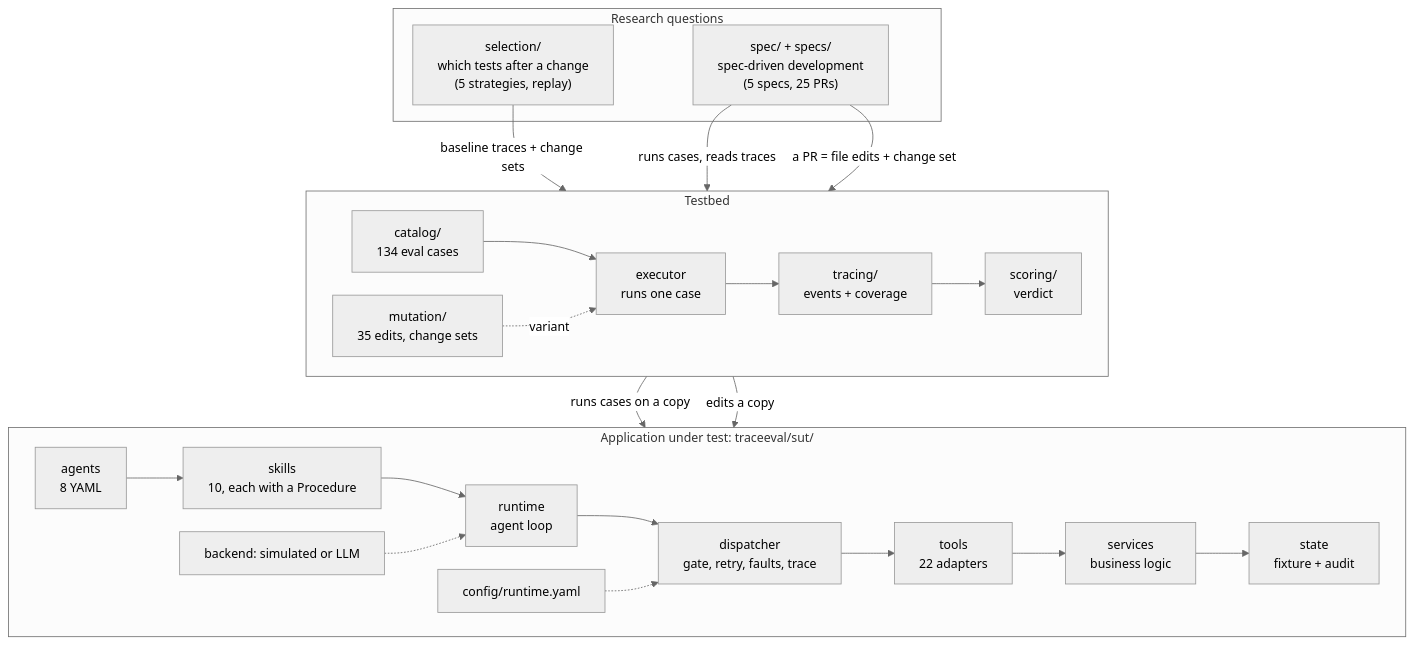
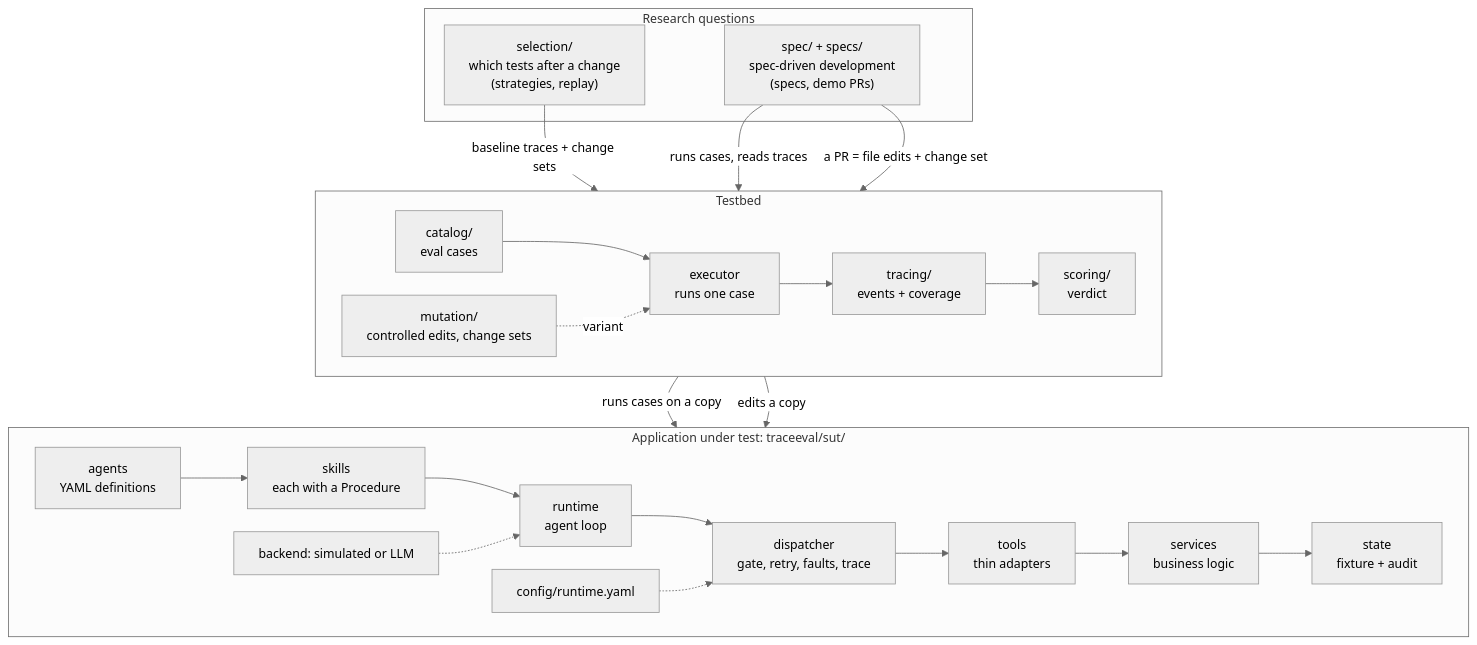
One commit to unibuc-cs/TestingTheAgents changed the diagram in trace-eval/docs/diagrams/guide_1_layers.mmd. Above: the diagram before and after it, drawn with Mermaid. The commit also changed 12 other files, not shown here.

First line of the commit message:
Docs: keep counts off the diagrams; fix the ContentOps figure

```diff
--- a/trace-eval/docs/diagrams/guide_1_layers.mmd
+++ b/trace-eval/docs/diagrams/guide_1_layers.mmd
@@ -1,22 +1,22 @@
 %%{init: {"theme": "neutral", "flowchart": {"wrappingWidth": 340, "nodeSpacing": 28, "rankSpacing": 40, "curve": "basis"}, "themeVariables": {"fontSize": "15px"}}}%%
 flowchart TB
     subgraph RQ["Research questions"]
-        SEL["selection/<br/>which tests after a change<br/>(5 strategies, replay)"]
-        SDD["spec/ + specs/<br/>spec-driven development<br/>(5 specs, 25 PRs)"]
+        SEL["selection/<br/>which tests after a change<br/>(strategies, replay)"]
+        SDD["spec/ + specs/<br/>spec-driven development<br/>(specs, demo PRs)"]
     end
-    subgraph TB["Testbed"]
+    subgraph TESTBED["Testbed"]
         direction LR
-        CAT["catalog/<br/>134 eval cases"] --> EXE["executor<br/>runs one case"] --> TR["tracing/<br/>events + coverage"] --> SC["scoring/<br/>verdict"]
-        MUT["mutation/<br/>35 edits, change sets"] -.->|"variant"| EXE
+        CAT["catalog/<br/>eval cases"] --> EXE["executor<br/>runs one case"] --> TR["tracing/<br/>events + coverage"] --> SC["scoring/<br/>verdict"]
+        MUT["mutation/<br/>controlled edits, change sets"] -.->|"variant"| EXE
     end
     subgraph SUT["Application under test: traceeval/sut/"]
         direction LR
-        AG["agents<br/>8 YAML"] --> SK["skills<br/>10, each with a Procedure"] --> RT["runtime<br/>agent loop"] --> DI["dispatcher<br/>gate, retry, faults, trace"] --> TO["tools<br/>22 adapters"] --> SV["services<br/>business logic"] --> ST["state<br/>fixture + audit"]
+        AG["agents<br/>YAML definitions"] --> SK["skills<br/>each with a Procedure"] --> RT["runtime<br/>agent loop"] --> DI["dispatcher<br/>gate, retry, faults, trace"] --> TO["tools<br/>thin adapters"] --> SV["services<br/>business logic"] --> ST["state<br/>fixture + audit"]
         BE["backend: simulated or LLM"] -.-> RT
         CF["config/runtime.yaml"] -.-> DI
     end
-    SEL -->|"baseline traces + change sets"| TR
-    SDD -->|"runs cases, reads traces"| TR
-    SDD -->|"a PR = file edits + change set"| MUT
-    EXE -->|"runs cases on a copy"| RT
-    MUT -->|"edits a copy"| SK
+    SEL -->|"baseline traces + change sets"| TESTBED
+    SDD -->|"runs cases, reads traces"| TESTBED
+    SDD -->|"a PR = file edits + change set"| TESTBED
+    TESTBED -->|"runs cases on a copy"| SUT
+    TESTBED -->|"edits a copy"| SUT
```
